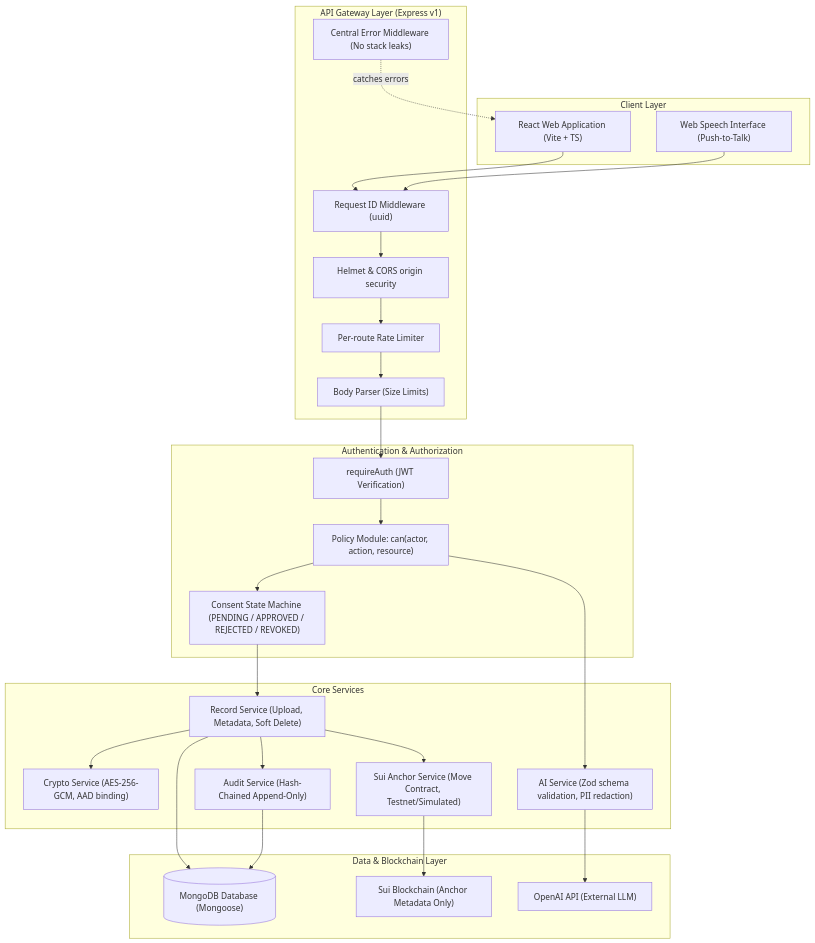
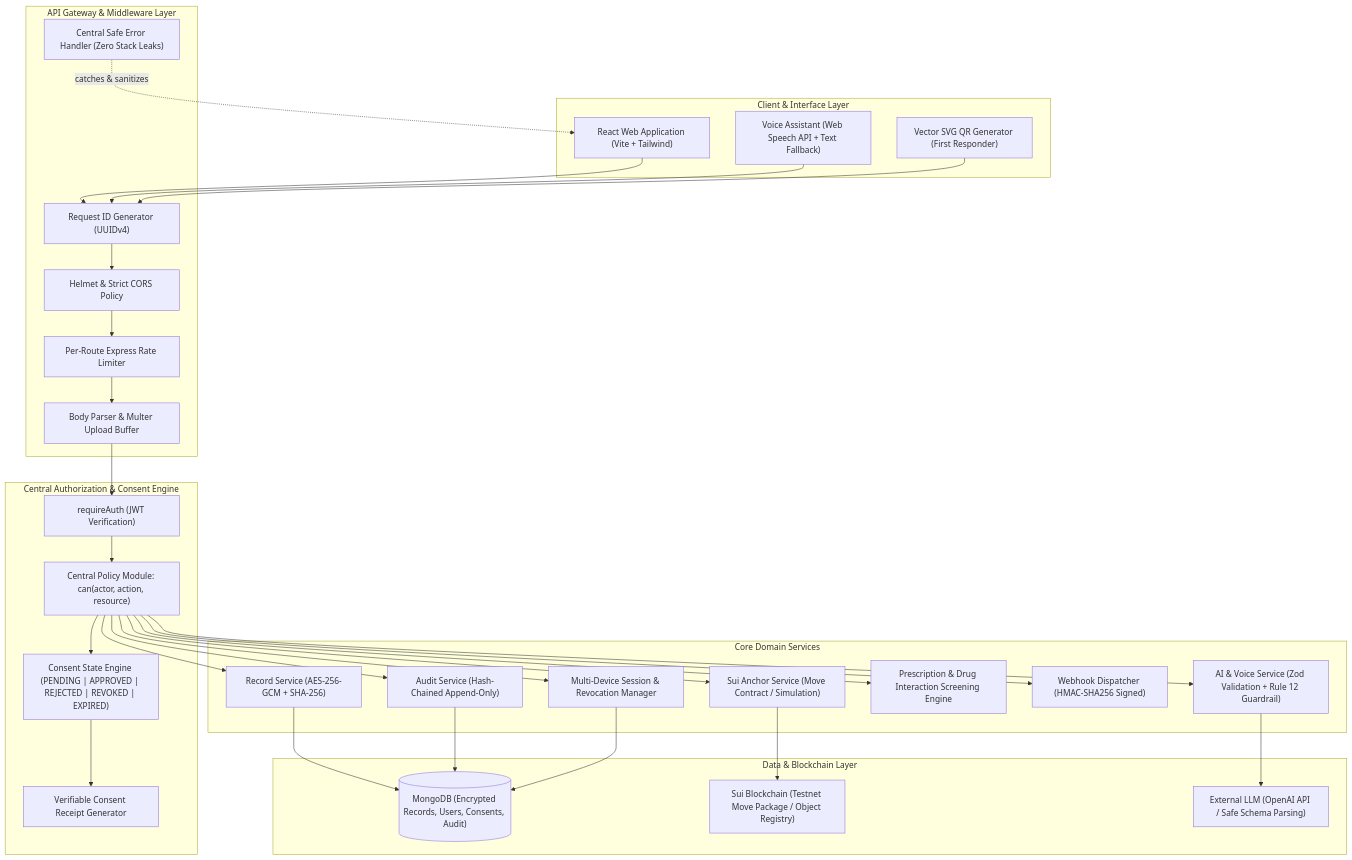
Before and after one commit to sayantandutta-18/Medichain-Ai-2.0: the first of 2 diagrams in docs/architecture.md, drawn with Mermaid. The commit also changed other lines of this file and 8 other files, not shown here.

Commit message:
feat(system): checkpoint 16 complete e2e integration, security audit verification, readiness diagnostics, demo seed script, and portfolio documentation

````diff
--- a/docs/architecture.md
+++ b/docs/architecture.md
@@ -5,54 +20,64 @@
 ```mermaid
 flowchart TD
-    subgraph Client ["Client Layer"]
-        UI["React Web Application (Vite + TS)"]
-        Voice["Web Speech Interface (Push-to-Talk)"]
+    subgraph ClientLayer ["Client & Interface Layer"]
+        UI["React Web Application (Vite + Tailwind)"]
+        Voice["Voice Assistant (Web Speech API + Text Fallback)"]
+        QR["Vector SVG QR Generator (First Responder)"]
     end
 
-    subgraph Gateway ["API Gateway Layer (Express v1)"]
-        ReqId["Request ID Middleware (uuid)"]
-        SecHeaders["Helmet & CORS origin security"]
-        RateLimit["Per-route Rate Limiter"]
-        BodyParser["Body Parser (Size Limits)"]
-        CentralErr["Central Error Middleware (No stack leaks)"]
+    subgraph GatewayLayer ["API Gateway & Middleware Layer"]
+        ReqId["Request ID Generator (UUIDv4)"]
+        SecHeaders["Helmet & Strict CORS Policy"]
+        RateLimit["Per-Route Express Rate Limiter"]
+        BodyParser["Body Parser & Multer Upload Buffer"]
+        SafeErrors["Central Safe Error Handler (Zero Stack Leaks)"]
     end
 
-    subgraph AuthPolicy ["Authentication & Authorization"]
+    subgraph PolicyLayer ["Central Authorization & Consent Engine"]
         AuthMid["requireAuth (JWT Verification)"]
-        PolicyModule["Policy Module: can(actor, action, resource)"]
-        ConsentEngine["Consent State Machine (PENDING / APPROVED / REJECTED / REVOKED)"]
+        PolicyModule["Central Policy Module: can(actor, action, resource)"]
+        ConsentEngine["Consent State Engine (PENDING | APPROVED | REJECTED | REVOKED | EXPIRED)"]
+        ReceiptGen["Verifiable Consent Receipt Generator"]
     end
 
-    subgraph BusinessLogic ["Core Services"]
-        RecordService["Record Service (Upload, Metadata, Soft Delete)"]
-        CryptoService["Crypto Service (AES-256-GCM, AAD binding)"]
+    subgraph ServiceLayer ["Core Domain Services"]
+        RecordService["Record Service (AES-256-GCM + SHA-256)"]
         AuditService["Audit Service (Hash-Chained Append-Only)"]
-        AIService["AI Service (Zod schema validation, PII redaction)"]
-        SuiService["Sui Anchor Service (Move Contract, Testnet/Simulated)"]
+        SuiService["Sui Anchor Service (Move Contract / Simulation)"]
+        AIService["AI & Voice Service (Zod Validation + Rule 12 Guardrail)"]
+        RxService["Prescription & Drug Interaction Screening Engine"]
+        WebhookService["Webhook Dispatcher (HMAC-SHA256 Signed)"]
+        SessionService["Multi-Device Session & Revocation Manager"]
     end
 
-    subgraph Persistence ["Data & Blockchain Layer"]
-        MongoDB[("MongoDB Database (Mongoose)")]
-        SuiBlockchain["Sui Blockchain (Anchor Metadata Only)"]
-        OpenAI["OpenAI API (External LLM)"]
+    subgraph PersistenceLayer ["Data & Blockchain Layer"]
+        MongoDB[("MongoDB (Encrypted Records, Users, Consents, Audit)")]
+        SuiChain["Sui Blockchain (Testnet Move Package / Object Registry)"]
+        OpenAI["External LLM (OpenAI API / Safe Schema Parsing)"]
     end
 
     UI --> ReqId
     Voice --> ReqId
+    QR --> ReqId
     ReqId --> SecHeaders
     SecHeaders --> RateLimit
     RateLimit --> BodyParser
     BodyParser --> AuthMid
     AuthMid --> PolicyModule
     PolicyModule --> ConsentEngine
-    ConsentEngine --> RecordService
-    RecordService --> CryptoService
+    ConsentEngine --> ReceiptGen
+    PolicyModule --> RecordService
+    PolicyModule --> AuditService
+    PolicyModule --> SuiService
+    PolicyModule --> AIService
+    PolicyModule --> RxService
+    PolicyModule --> WebhookService
+    PolicyModule --> SessionService
+
     RecordService --> MongoDB
-    RecordService --> AuditService
     AuditService --> MongoDB
-    RecordService --> SuiService
-    SuiService --> SuiBlockchain
-    PolicyModule --> AIService
+    SessionService --> MongoDB
+    SuiService --> SuiChain
     AIService --> OpenAI
-    CentralErr -. catches errors .-> UI
+    SafeErrors -. catches & sanitizes .-> UI
 ```
````
